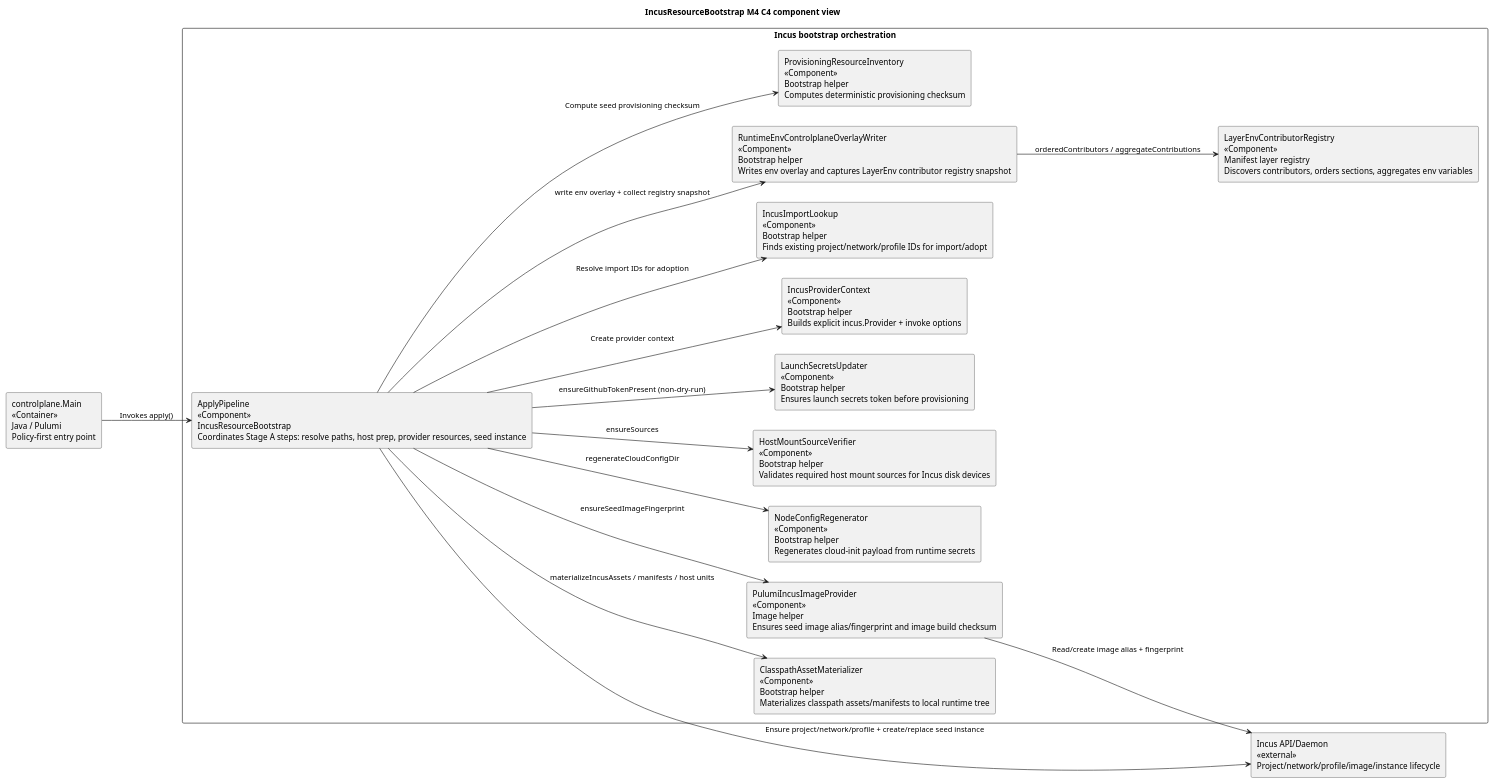
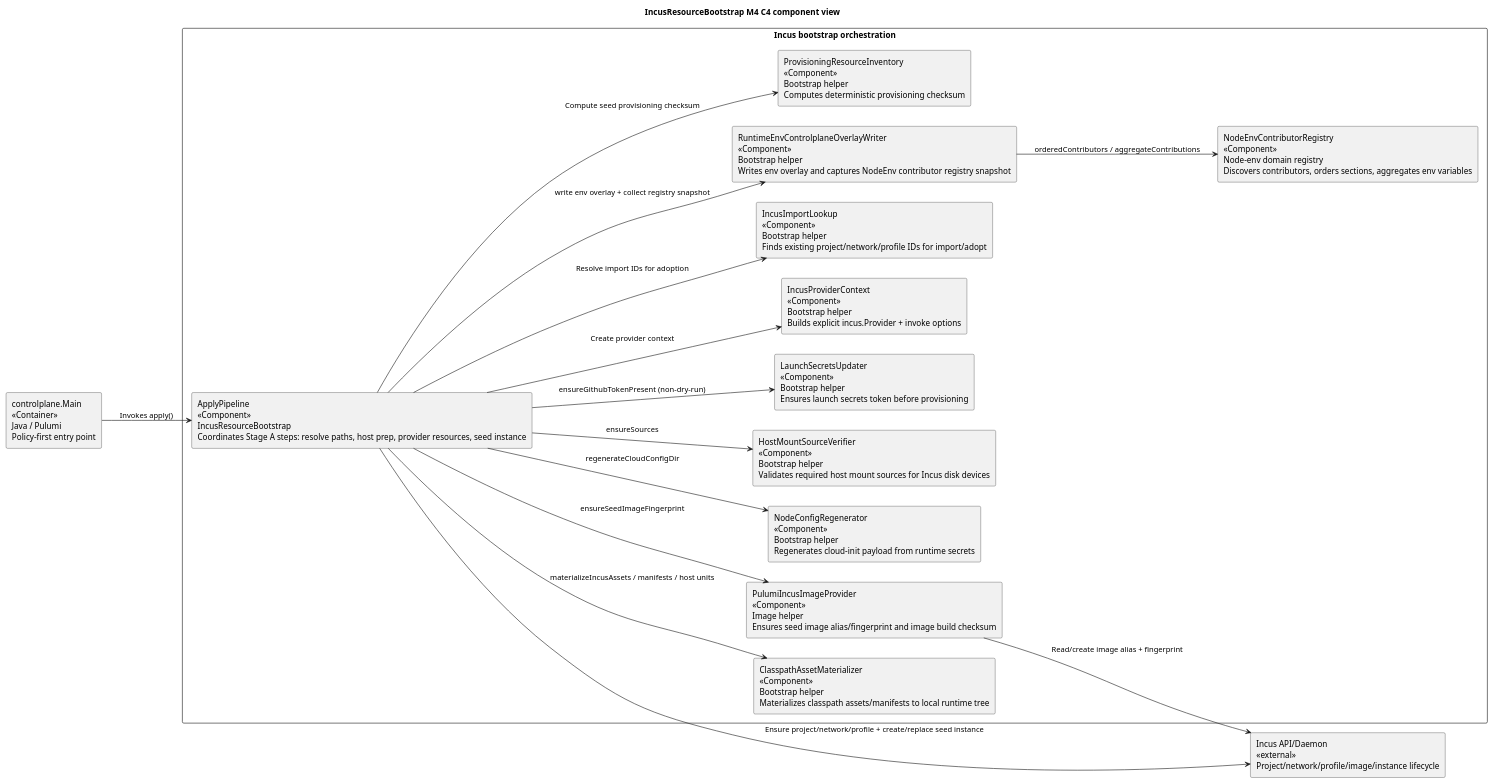
Before and after one commit to nxmatic/rke2lab: the second of 2 diagrams in docs/rke2lab-authored-notes-import.adoc, drawn with PlantUML. The commit also changed 20 other files, not shown here.

```diff
--- a/docs/rke2lab-authored-notes-import.adoc
+++ b/docs/rke2lab-authored-notes-import.adoc
@@ -209,44 +209,44 @@
 [plantuml,incus-bootstrap-m4-components,svg]
 ----
 @startuml
 title IncusResourceBootstrap M4 C4 component view
 
 left to right direction
 skinparam shadowing false
 skinparam packageStyle rectangle
 
 rectangle "controlplane.Main\n<<Container>>\nJava / Pulumi\nPolicy-first entry point" as cpMain
 rectangle "Incus API/Daemon\n<<external>>\nProject/network/profile/image/instance lifecycle" as incusApi
 
 package "Incus bootstrap orchestration" {
   rectangle "ApplyPipeline\n<<Component>>\nIncusResourceBootstrap\nCoordinates Stage A steps: resolve paths, host prep, provider resources, seed instance" as applyPipeline
   rectangle "ClasspathAssetMaterializer\n<<Component>>\nBootstrap helper\nMaterializes classpath assets/manifests to local runtime tree" as assetMaterializer
-  rectangle "RuntimeEnvControlplaneOverlayWriter\n<<Component>>\nBootstrap helper\nWrites env overlay and captures LayerEnv contributor registry snapshot" as overlayWriter
+  rectangle "RuntimeEnvControlplaneOverlayWriter\n<<Component>>\nBootstrap helper\nWrites env overlay and captures NodeEnv contributor registry snapshot" as overlayWriter
   rectangle "NodeConfigRegenerator\n<<Component>>\nBootstrap helper\nRegenerates cloud-init payload from runtime secrets" as nodeConfigRegenerator
   rectangle "HostMountSourceVerifier\n<<Component>>\nBootstrap helper\nValidates required host mount sources for Incus disk devices" as sourceVerifier
   rectangle "LaunchSecretsUpdater\n<<Component>>\nBootstrap helper\nEnsures launch secrets token before provisioning" as secretsUpdater
   rectangle "IncusProviderContext\n<<Component>>\nBootstrap helper\nBuilds explicit incus.Provider + invoke options" as providerContext
   rectangle "IncusImportLookup\n<<Component>>\nBootstrap helper\nFinds existing project/network/profile IDs for import/adopt" as importLookup
   rectangle "PulumiIncusImageProvider\n<<Component>>\nImage helper\nEnsures seed image alias/fingerprint and image build checksum" as imageProvider
   rectangle "ProvisioningResourceInventory\n<<Component>>\nBootstrap helper\nComputes deterministic provisioning checksum" as inventoryChecksum
-  rectangle "LayerEnvContributorRegistry\n<<Component>>\nManifest layer registry\nDiscovers contributors, orders sections, aggregates env variables" as layerEnvRegistry
+  rectangle "NodeEnvContributorRegistry\n<<Component>>\nNode-env domain registry\nDiscovers contributors, orders sections, aggregates env variables" as layerEnvRegistry
 }
 
 cpMain --> applyPipeline : Invokes apply()
 
 applyPipeline --> assetMaterializer : materializeIncusAssets / manifests / host units
 applyPipeline --> overlayWriter : write env overlay + collect registry snapshot
 applyPipeline --> nodeConfigRegenerator : regenerateCloudConfigDir
 applyPipeline --> sourceVerifier : ensureSources
 applyPipeline --> secretsUpdater : ensureGithubTokenPresent (non-dry-run)
 applyPipeline --> inventoryChecksum : Compute seed provisioning checksum
 overlayWriter --> layerEnvRegistry : orderedContributors / aggregateContributions
 
 applyPipeline --> providerContext : Create provider context
 applyPipeline --> importLookup : Resolve import IDs for adoption
 applyPipeline --> imageProvider : ensureSeedImageFingerprint
 
 imageProvider --> incusApi : Read/create image alias + fingerprint
 applyPipeline --> incusApi : Ensure project/network/profile + create/replace seed instance
 @enduml
 ----
```
